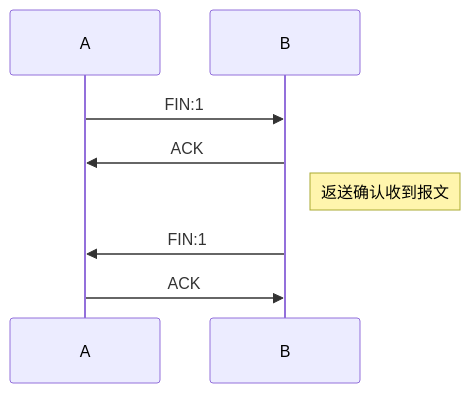
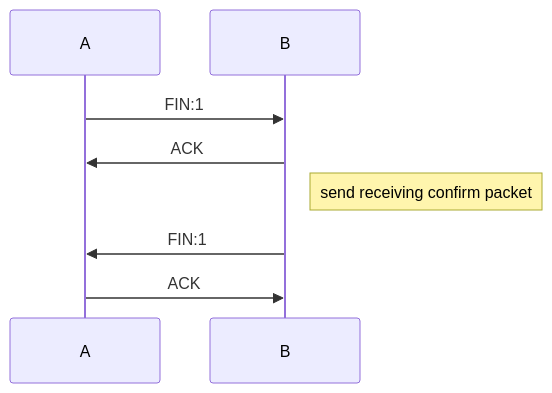
Before and after one commit to enigmaiiiiiiii/Learning-Record-Write-By-Obsidian: the first of 4 diagrams in sorted/Network/computer-network-reliable-transmission.md, drawn with Mermaid. The commit also changed other lines of this file and 70 other files, not shown here.

````diff
--- a/sorted/Network/computer-network-reliable-transmission.md
+++ b/sorted/Network/computer-network-reliable-transmission.md
@@ -19,8 +13,8 @@
 ```mermaid
 sequenceDiagram
 A ->> B: FIN:1
 B ->> A: ACK
-Note right of B: 返送确认收到报文
+Note right of B: send receiving confirm packet
 B ->> A: FIN:1
 A ->> B: ACK
 ```
````
